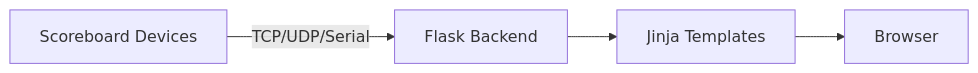
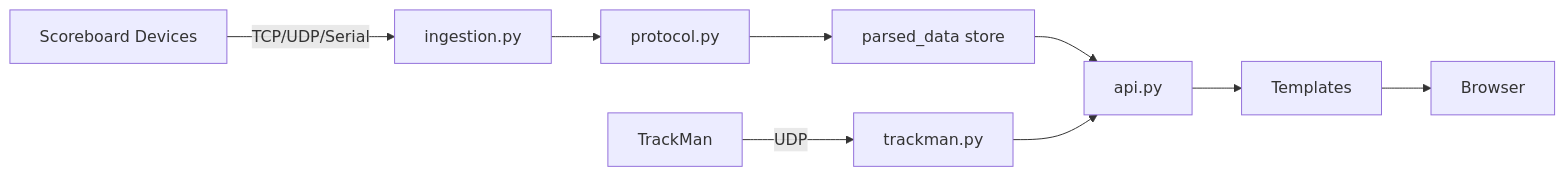
Before and after one commit to furrymayo/unc-virtual-score-server: the diagram in docs/Project.md, drawn with Mermaid. The commit also changed other lines of this file and 6 other files, not shown here.

````diff
--- a/docs/Project.md
+++ b/docs/Project.md
@@ -36,6 +49,11 @@
 ```mermaid
 flowchart LR
-  A[Scoreboard Devices] -->|TCP/UDP/Serial| B[Flask Backend]
-  B --> C[Jinja Templates]
-  C --> D[Browser]
+  A[Scoreboard Devices] -->|TCP/UDP/Serial| B[ingestion.py]
+  B --> C[protocol.py]
+  C --> D[parsed_data store]
+  E[TrackMan] -->|UDP| F[trackman.py]
+  D --> G[api.py]
+  F --> G
+  G --> H[Templates]
+  H --> I[Browser]
 ```
````
